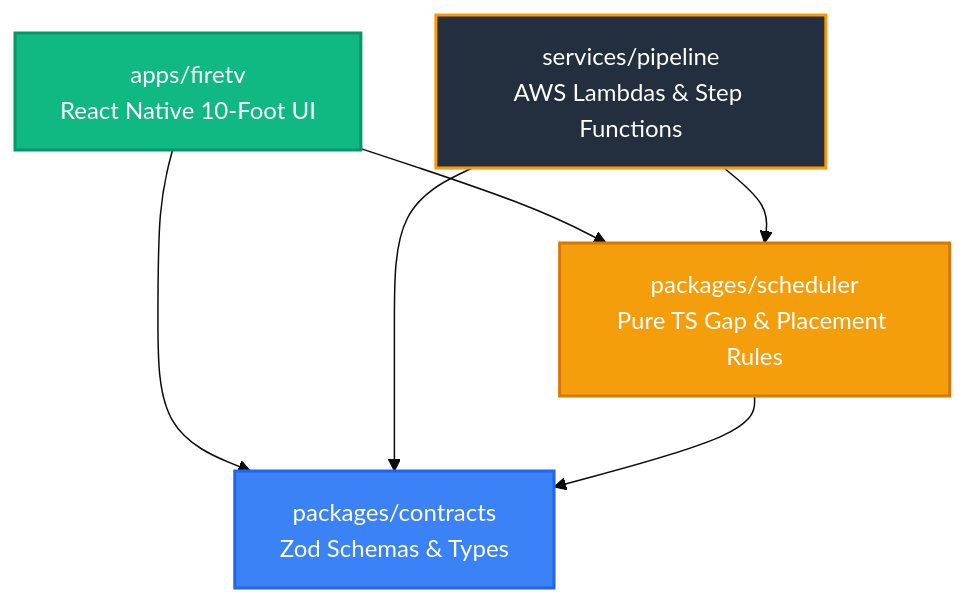
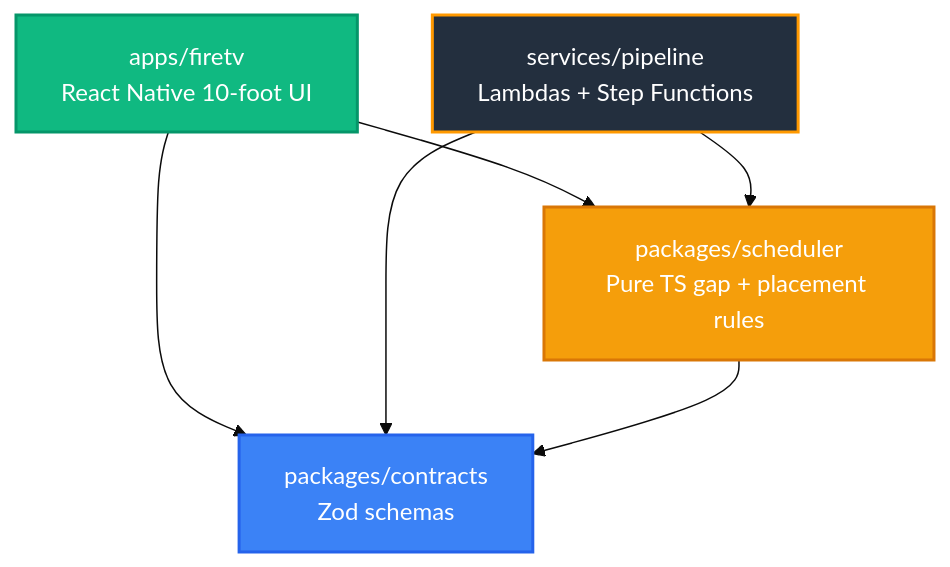
The diagram in README.md (AtchayamG/narratv), drawn with Mermaid (base theme) before and after one commit. The commit also changed other lines of this file and 2 other files, not shown here.

````diff
--- a/README.md
+++ b/README.md
@@ -95,13 +156,13 @@
 ```mermaid
 graph TD
-    UI[apps/firetv<br/>React Native 10-Foot UI] --> DOMAIN[packages/scheduler<br/>Pure TS Gap & Placement Rules]
-    BACKEND[services/pipeline<br/>AWS Lambdas & Step Functions] --> DOMAIN
-    UI --> CONTRACTS[packages/contracts<br/>Zod Schemas & Types]
+    UI[apps/firetv<br/>React Native 10-foot UI] --> DOMAIN[packages/scheduler<br/>Pure TS gap + placement rules]
+    BACKEND[services/pipeline<br/>Lambdas + Step Functions] --> DOMAIN
+    UI --> CONTRACTS[packages/contracts<br/>Zod schemas]
     BACKEND --> CONTRACTS
     DOMAIN --> CONTRACTS
-    
+
     style DOMAIN fill:#F59E0B,stroke:#D97706,stroke-width:2px,color:#fff
     style CONTRACTS fill:#3B82F6,stroke:#2563EB,stroke-width:2px,color:#fff
     style UI fill:#10B981,stroke:#059669,stroke-width:2px,color:#fff
     style BACKEND fill:#232F3E,stroke:#FF9900,stroke-width:2px,color:#fff
 ```
````
